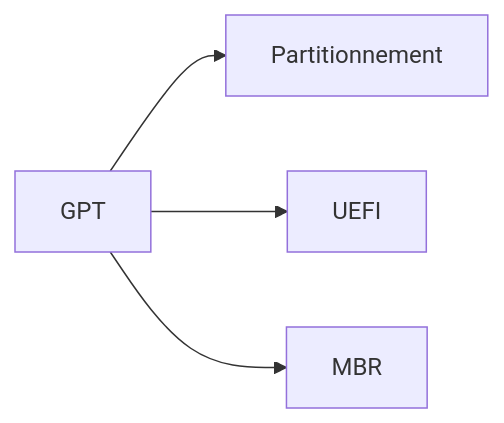
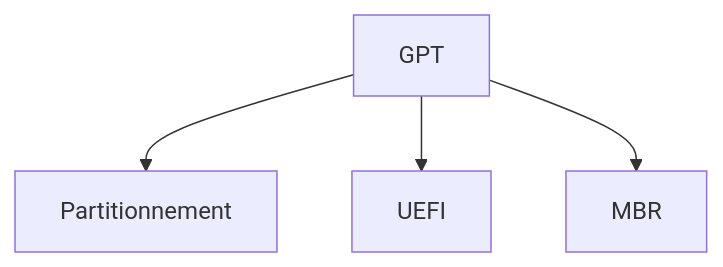
Before and after one commit to zyrass/omnydocs: diagram 14 of 44 in docs/glossaire/administration-systeme.md, drawn with Mermaid. The commit also changed other lines of this file and 1780 other files, not shown here.

````diff
--- a/docs/glossaire/administration-systeme.md
+++ b/docs/glossaire/administration-systeme.md
@@ -285,6 +343,6 @@
-    ```mermaid
-    graph LR
-        A[GPT] --> B[Partitionnement]
-        A --> C[UEFI]
-        A --> D[MBR]
-    ```
+```mermaid
+graph TB
+    A[GPT] --> B[Partitionnement]
+    A --> C[UEFI]
+    A --> D[MBR]
+```
````
